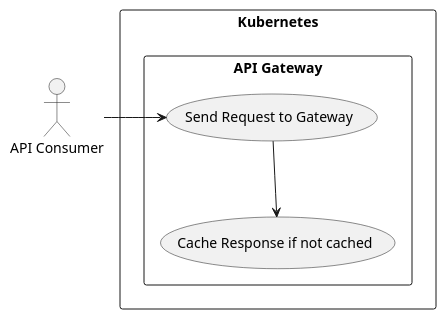
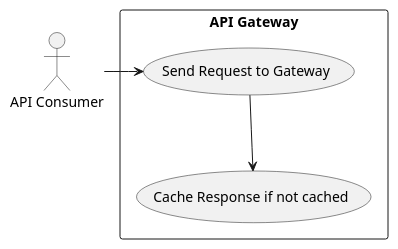
The diagram in General/UseCases/puml/6_uc_response_caching.puml (fanglores/Advanced-Software-Design), drawn with PlantUML before and after one commit. The commit also changed 10 other files, not shown here.

```diff
--- a/General/UseCases/puml/6_uc_response_caching.puml
+++ b/General/UseCases/puml/6_uc_response_caching.puml
@@ -1,15 +1,13 @@
 @startuml
 
 actor "API Consumer" as consumer
 
-rectangle "Kubernetes" as K8s {
-  rectangle "API Gateway" as System {
-    usecase "Send Request to Gateway" as uc1
-    usecase "Cache Response if not cached" as uc2
-  }
+rectangle "API Gateway" as System {
+  usecase "Send Request to Gateway" as uc1
+  usecase "Cache Response if not cached" as uc2
 }
 
 consumer -R-> uc1
 uc1 --> uc2
 
 @enduml
```
